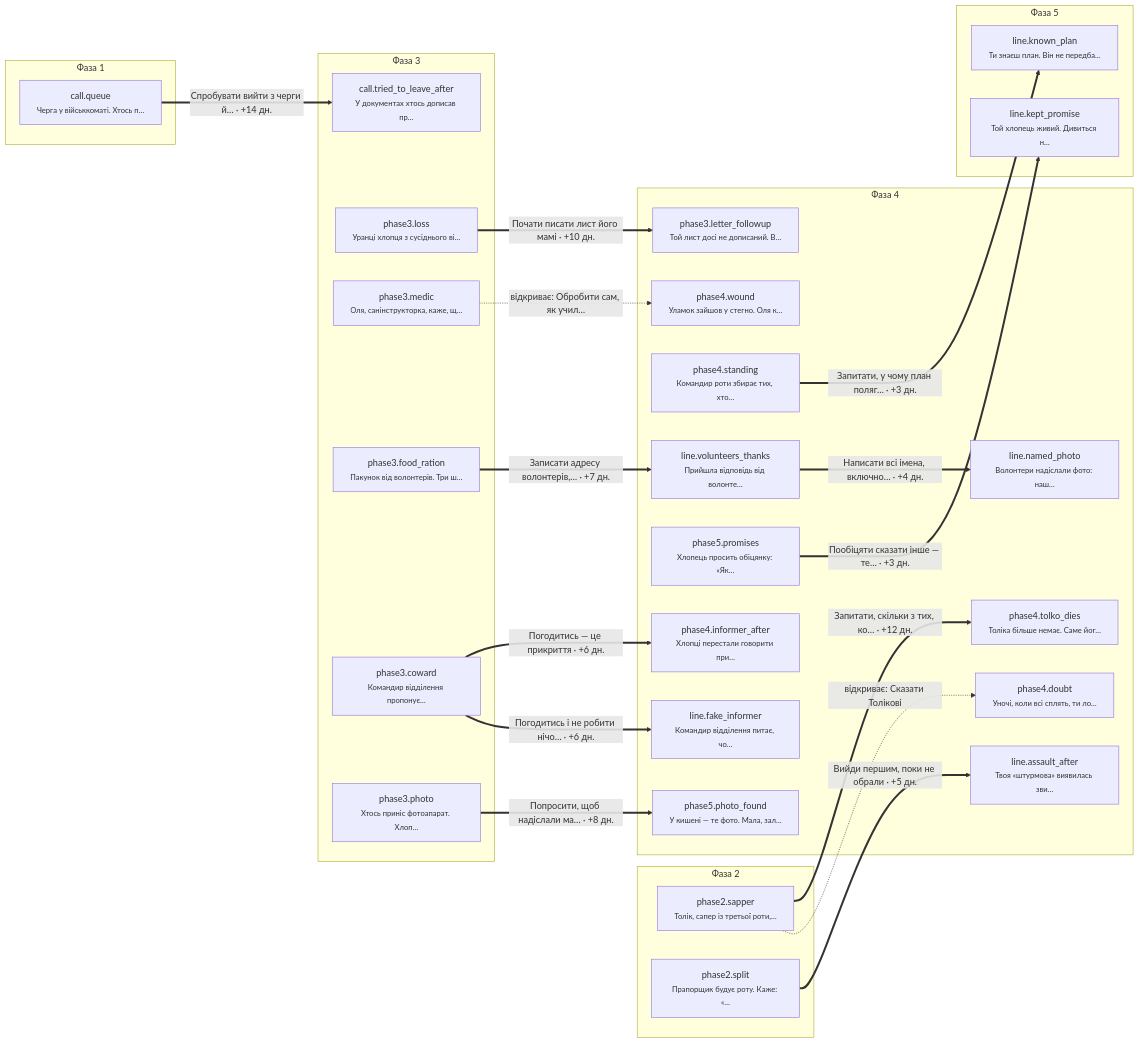
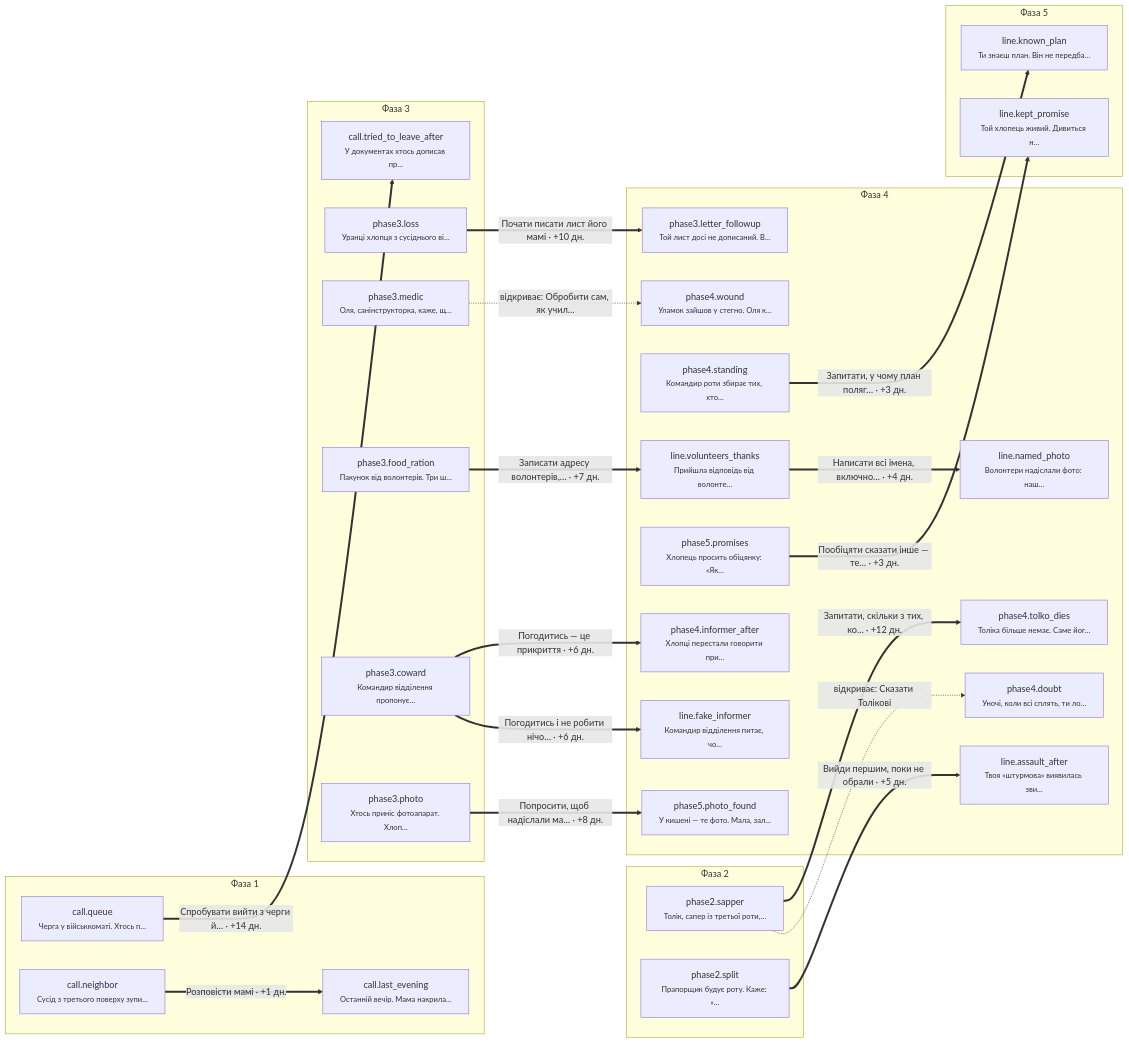
Before and after one commit to Godzxzdog/novobranets: the diagram in docs/EVENT_TREE.md, drawn with Mermaid. The commit also changed other lines of this file and 8 other files, not shown here.

````diff
--- a/docs/EVENT_TREE.md
+++ b/docs/EVENT_TREE.md
@@ -12,49 +12,52 @@
 ```mermaid
 flowchart LR
   subgraph F1["Фаза 1"]
     call_queue["call.queue<br/><small>Черга у військкоматі. Хтось п…</small>"]
+    call_neighbor["call.neighbor<br/><small>Сусід з третього поверху зупи…</small>"]
+    call_last_evening["call.last_evening<br/><small>Останній вечір. Мама накрила…</small>"]
   end
   subgraph F2["Фаза 2"]
     phase2_sapper["phase2.sapper<br/><small>Толік, сапер із третьої роти,…</small>"]
     phase2_split["phase2.split<br/><small>Прапорщик будує роту. Каже: «…</small>"]
   end
   subgraph F3["Фаза 3"]
     call_tried_to_leave_after["call.tried_to_leave_after<br/><small>У документах хтось дописав пр…</small>"]
     phase3_loss["phase3.loss<br/><small>Уранці хлопця з сусіднього ві…</small>"]
     phase3_medic["phase3.medic<br/><small>Оля, санінструкторка, каже, щ…</small>"]
     phase3_food_ration["phase3.food_ration<br/><small>Пакунок від волонтерів. Три ш…</small>"]
     phase3_coward["phase3.coward<br/><small>Командир відділення пропонує…</small>"]
     phase3_photo["phase3.photo<br/><small>Хтось приніс фотоапарат. Хлоп…</small>"]
   end
   subgraph F4["Фаза 4"]
     phase3_letter_followup["phase3.letter_followup<br/><small>Той лист досі не дописаний. В…</small>"]
     phase4_informer_after["phase4.informer_after<br/><small>Хлопці перестали говорити при…</small>"]
     phase4_doubt["phase4.doubt<br/><small>Уночі, коли всі сплять, ти ло…</small>"]
     phase4_standing["phase4.standing<br/><small>Командир роти збирає тих, хто…</small>"]
     phase4_wound["phase4.wound<br/><small>Уламок зайшов у стегно. Оля к…</small>"]
     phase4_tolko_dies["phase4.tolko_dies<br/><small>Толіка більше немає. Саме йог…</small>"]
     phase5_promises["phase5.promises<br/><small>Хлопець просить обіцянку: «Як…</small>"]
     phase5_photo_found["phase5.photo_found<br/><small>У кишені — те фото. Мала, зал…</small>"]
     line_volunteers_thanks["line.volunteers_thanks<br/><small>Прийшла відповідь від волонте…</small>"]
     line_assault_after["line.assault_after<br/><small>Твоя «штурмова» виявилась зви…</small>"]
     line_fake_informer["line.fake_informer<br/><small>Командир відділення питає, чо…</small>"]
     line_named_photo["line.named_photo<br/><small>Волонтери надіслали фото: наш…</small>"]
   end
   subgraph F5["Фаза 5"]
     line_kept_promise["line.kept_promise<br/><small>Той хлопець живий. Дивиться н…</small>"]
     line_known_plan["line.known_plan<br/><small>Ти знаєш план. Він не передба…</small>"]
   end
   call_queue ==>|"Спробувати вийти з черги й… · +14 дн."| call_tried_to_leave_after
   phase2_sapper ==>|"Запитати, скільки з тих, ко… · +12 дн."| phase4_tolko_dies
   phase2_split ==>|"Вийди першим, поки не обрали · +5 дн."| line_assault_after
   phase3_loss ==>|"Почати писати лист його мамі · +10 дн."| phase3_letter_followup
   phase3_food_ration ==>|"Записати адресу волонтерів,… · +7 дн."| line_volunteers_thanks
   phase3_coward ==>|"Погодитись — це прикриття · +6 дн."| phase4_informer_after
   phase3_coward ==>|"Погодитись і не робити нічо… · +6 дн."| line_fake_informer
   phase3_photo ==>|"Попросити, щоб надіслали ма… · +8 дн."| phase5_photo_found
   phase2_sapper -.->|"відкриває: Сказати Толікові"| phase4_doubt
   phase4_standing ==>|"Запитати, у чому план поляг… · +3 дн."| line_known_plan
   phase3_medic -.->|"відкриває: Обробити сам, як учил…"| phase4_wound
   phase5_promises ==>|"Пообіцяти сказати інше — те… · +3 дн."| line_kept_promise
   line_volunteers_thanks ==>|"Написати всі імена, включно… · +4 дн."| line_named_photo
+  call_neighbor ==>|"Розповісти мамі · +1 дн."| call_last_evening
 ```
````
